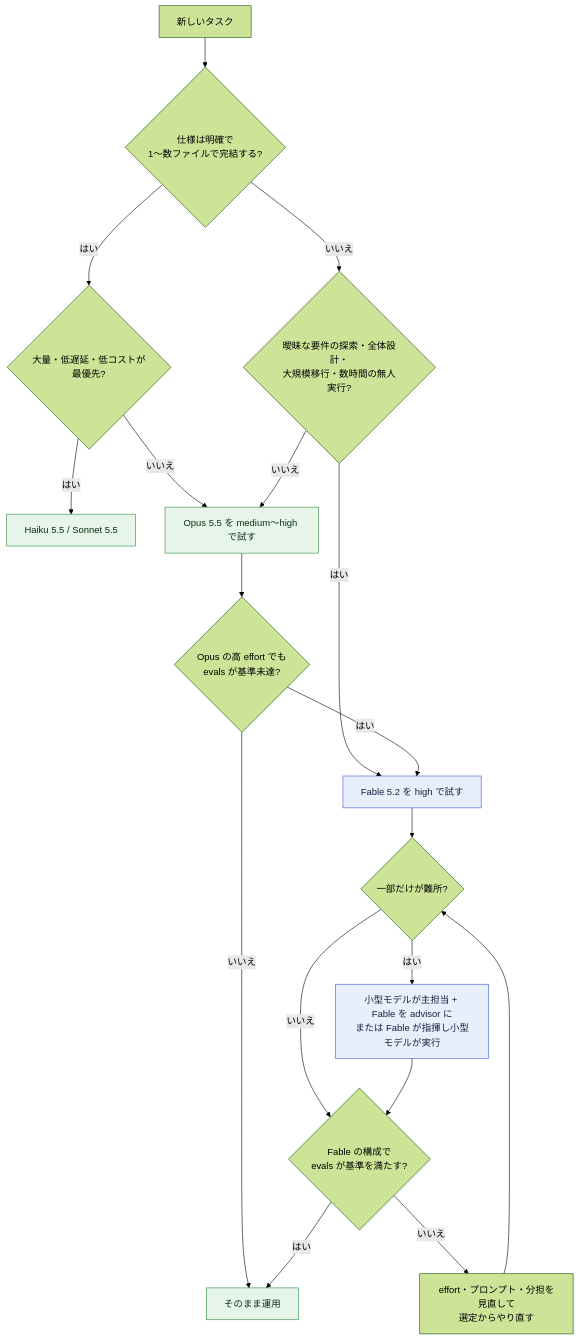
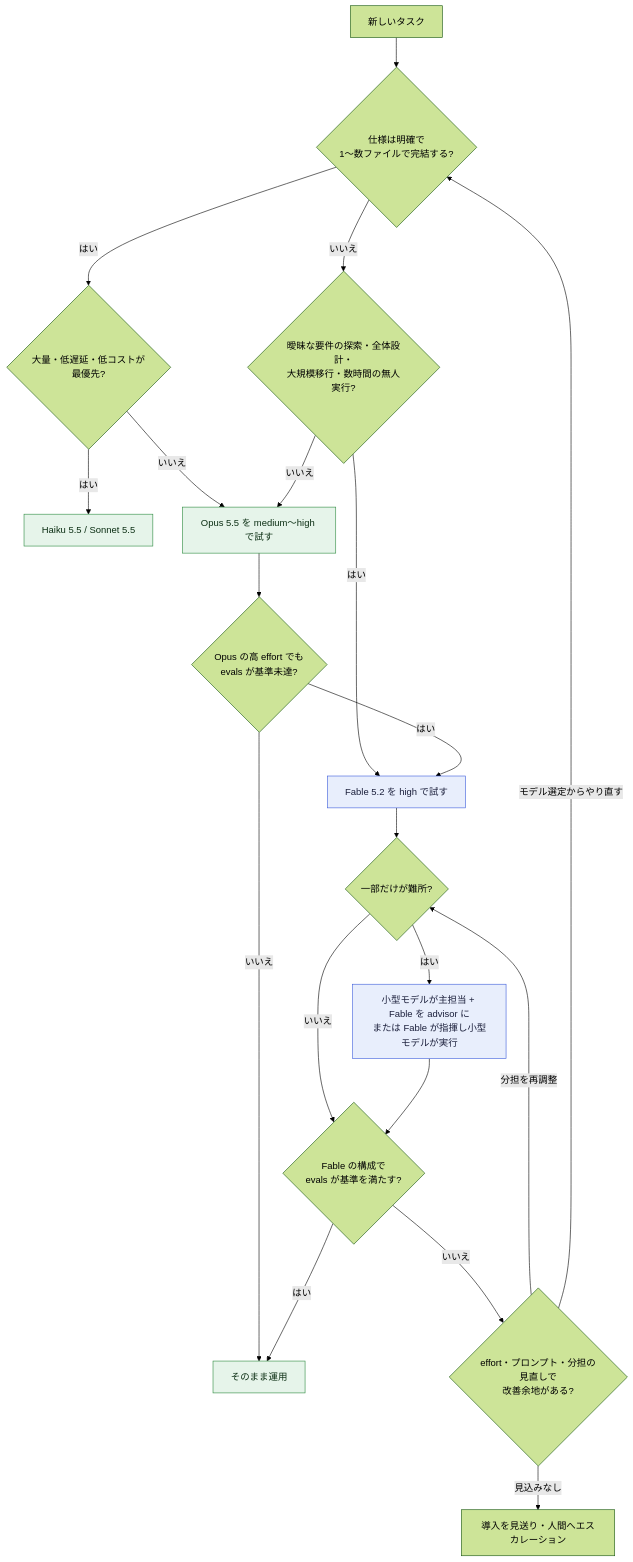
The second of 10 diagrams in archive/md/Anthropic/Claude-fable-5-2-best-practices-guide.md (myoshi2891/Comparison-of-LLMs), drawn with Mermaid (forest theme) before and after one commit. The commit also changed other lines of this file and 7 other files, not shown here.

Commit message:
fix(claude): update Fable 5.2 guide with eval retry branches, scoring error handling, Google-managed context, and metered tool billing

````diff
--- a/archive/md/Anthropic/Claude-fable-5-2-best-practices-guide.md
+++ b/archive/md/Anthropic/Claude-fable-5-2-best-practices-guide.md
@@ -169,25 +169,27 @@
 ```mermaid
 flowchart TD
     START["新しいタスク"] --> Q1{"仕様は明確で<br/>1〜数ファイルで完結する?"}
     Q1 -- "はい" --> Q2{"大量・低遅延・低コストが最優先?"}
     Q2 -- "はい" --> HAIKU["Haiku 5.5 / Sonnet 5.5"]
     Q2 -- "いいえ" --> OPUS["Opus 5.5 を medium〜high で試す"]
     Q1 -- "いいえ" --> Q3{"曖昧な要件の探索・全体設計・<br/>大規模移行・数時間の無人実行?"}
     Q3 -- "はい" --> FABLE["Fable 5.2 を high で試す"]
     Q3 -- "いいえ" --> OPUS
     OPUS --> Q4{"Opus の高 effort でも<br/>evals が基準未達?"}
     Q4 -- "はい" --> FABLE
     Q4 -- "いいえ" --> DONE["そのまま運用"]
     FABLE --> Q5{"一部だけが難所?"}
     Q5 -- "はい" --> HYBRID["小型モデルが主担当 + Fable を advisor に<br/>または Fable が指揮し小型モデルが実行"]
     Q5 -- "いいえ" --> EVAL{"Fable の構成で<br/>evals が基準を満たす?"}
     HYBRID --> EVAL
     EVAL -- "はい" --> DONE
-    EVAL -- "いいえ" --> RETRY["effort・プロンプト・分担を見直して<br/>選定からやり直す"]
-    RETRY --> Q5
+    EVAL -- "いいえ" --> RETRY{"effort・プロンプト・分担の見直しで<br/>改善余地がある?"}
+    RETRY -- "分担を再調整" --> Q5
+    RETRY -- "モデル選定からやり直す" --> Q1
+    RETRY -- "見込みなし" --> STOP["導入を見送り・人間へエスカレーション"]
 
     classDef main fill:#e8eefc,stroke:#3b5bdb,color:#1b1f3b
     classDef ok fill:#e6f4ea,stroke:#2b8a3e,color:#0b2e13
     class FABLE,HYBRID main
     class DONE,HAIKU,OPUS ok
 ```
````
